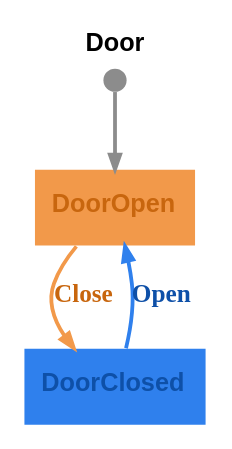
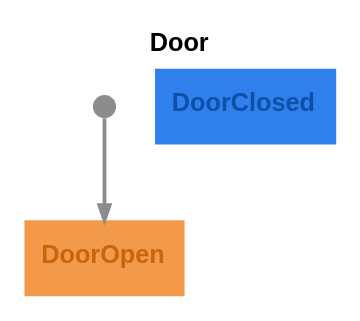
The diagram in graphs/door.dot (m-bock/purescript-transit), drawn with Graphviz before and after one commit. The commit also changed 17 other files, not shown here.

```diff
--- a/graphs/door.dot
+++ b/graphs/door.dot
@@ -1,10 +1,8 @@
 digraph 
 {
 rankdir = "TD";fontname = "Arial";label = <<b>Door</b>>;labelloc = "t";fontsize = 12
 DoorOpen [shape = "box", label = <<b>DoorOpen</b>>, fontsize = 12, style = "filled", fillcolor = "#f2994a", fontcolor = "#c8660e", fontname = "Arial", labelloc = "c", penwidth = 0.0]
 __Start__ [shape = "circle", label = "", width = 0.15, height = 0.15, fixedsize = true, style = "filled", fillcolor = "#8c8c8c", penwidth = 0.0]
 __Start__ -> DoorOpen [color = "#8c8c8c", fontsize = 12, arrowsize = "0.7", penwidth = 1.8]
-DoorOpen -> DoorClosed [color = "#f2994a", fontcolor = "#c8660e", fontsize = 12, arrowsize = "0.7", label = <<b>Close</b>>, penwidth = 1.8]
 DoorClosed [shape = "box", label = <<b>DoorClosed</b>>, fontsize = 12, style = "filled", fillcolor = "#2f80ed", fontcolor = "#0e50a8", fontname = "Arial", labelloc = "c", penwidth = 0.0]
-DoorClosed -> DoorOpen [color = "#2f80ed", fontcolor = "#0e50a8", fontsize = 12, arrowsize = "0.7", label = <<b>Open</b>>, penwidth = 1.8]
 }
```
